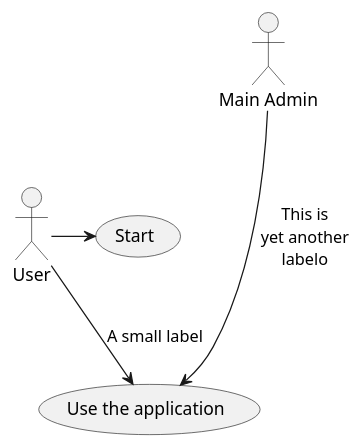
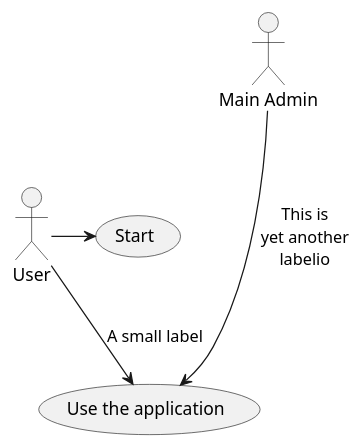
Before and after one commit to weichware10/meilensteine: the diagram in meilenstein_05/.template/usecase-{modul}/usecase-{modul}.puml, drawn with PlantUML.

Commit message:
test render 3

```diff
--- a/meilenstein_05/.template/usecase-{modul}/usecase-{modul}.puml
+++ b/meilenstein_05/.template/usecase-{modul}/usecase-{modul}.puml
@@ -1,8 +1,8 @@
 @startuml {modul}
 
 User -> (Start)
 User --> (Use the application) : A small label
 
-:Main Admin: ---> (Use the application) : This is\nyet another\nlabelo
+:Main Admin: ---> (Use the application) : This is\nyet another\nlabelio
 
 @enduml
```
